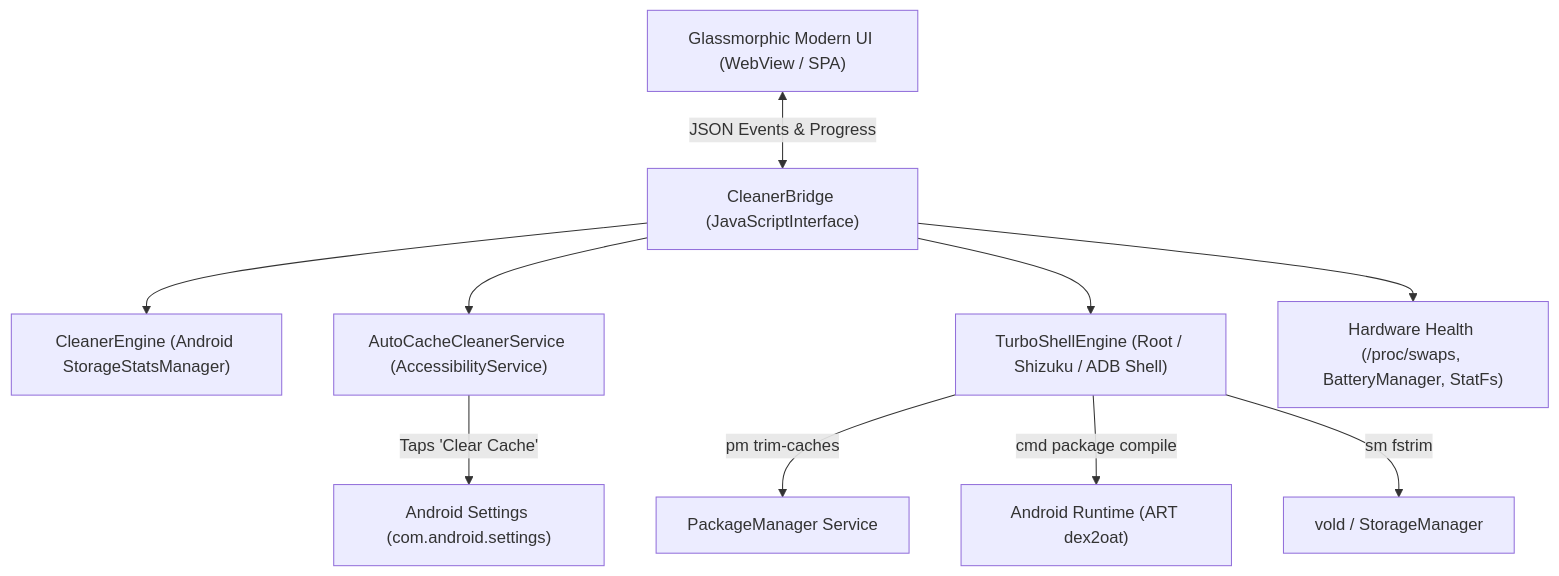
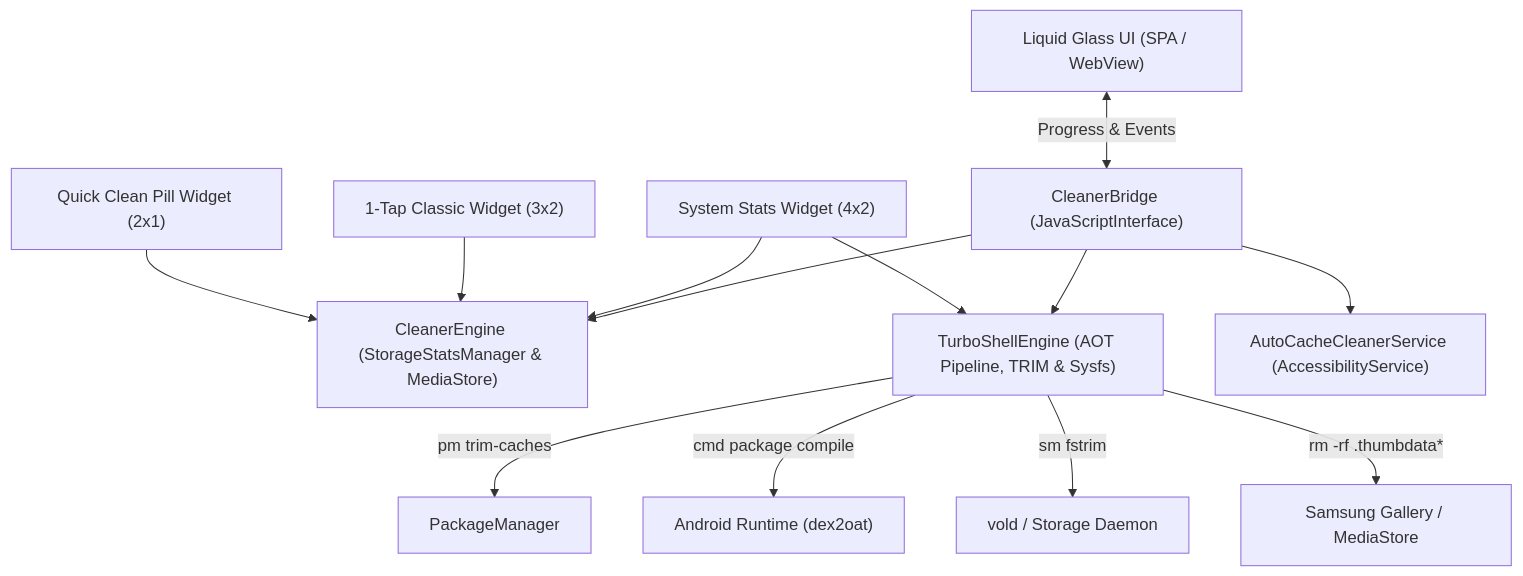
One commit to Jeffrey2081/VibeClean changed the diagram in README.md. Above: the diagram before and after it, drawn with Mermaid. The commit also changed other lines of this file and 22 other files, not shown here.

Commit message:
feat: Liquid glass UI, single-button Auto Optimize, true battery health condition, S26 gallery & thumbnail purge, and multi-widget suite

````diff
--- a/README.md
+++ b/README.md
@@ -59,20 +64,27 @@
 ```mermaid
 flowchart TD
-    UI["Glassmorphic Modern UI (WebView / SPA)"]
+    UI["Liquid Glass UI (SPA / WebView)"]
     Bridge["CleanerBridge (JavaScriptInterface)"]
-    Engine["CleanerEngine (Android StorageStatsManager)"]
+    Engine["CleanerEngine (StorageStatsManager & MediaStore)"]
+    Turbo["TurboShellEngine (AOT Pipeline, TRIM & Sysfs)"]
     AutoService["AutoCacheCleanerService (AccessibilityService)"]
-    ShellEngine["TurboShellEngine (Root / Shizuku / ADB Shell)"]
-    Hardware["Hardware Health (/proc/swaps, BatteryManager, StatFs)"]
+    
+    W1["System Stats Widget (4x2)"]
+    W2["1-Tap Classic Widget (3x2)"]
+    W3["Quick Clean Pill Widget (2x1)"]
 
-    UI <-->|JSON Events & Progress| Bridge
+    UI <-->|Progress & Events| Bridge
     Bridge --> Engine
+    Bridge --> Turbo
     Bridge --> AutoService
-    Bridge --> ShellEngine
-    Bridge --> Hardware
     
-    AutoService -->|Taps 'Clear Cache'| SettingsApp["Android Settings (com.android.settings)"]
-    ShellEngine -->|pm trim-caches| AndroidPM["PackageManager Service"]
-    ShellEngine -->|cmd package compile| ARTCompiler["Android Runtime (ART dex2oat)"]
-    ShellEngine -->|sm fstrim| StorageDaemon["vold / StorageManager"]
+    W1 --> Engine
+    W1 --> Turbo
+    W2 --> Engine
+    W3 --> Engine
+
+    Turbo -->|pm trim-caches| PM["PackageManager"]
+    Turbo -->|cmd package compile| ART["Android Runtime (dex2oat)"]
+    Turbo -->|sm fstrim| Vold["vold / Storage Daemon"]
+    Turbo -->|rm -rf .thumbdata*| Gallery["Samsung Gallery / MediaStore"]
 ```
````
